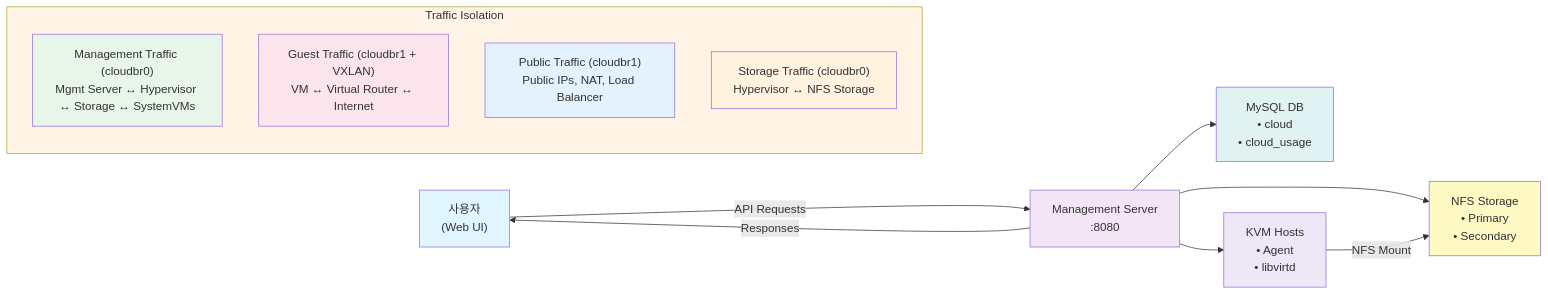
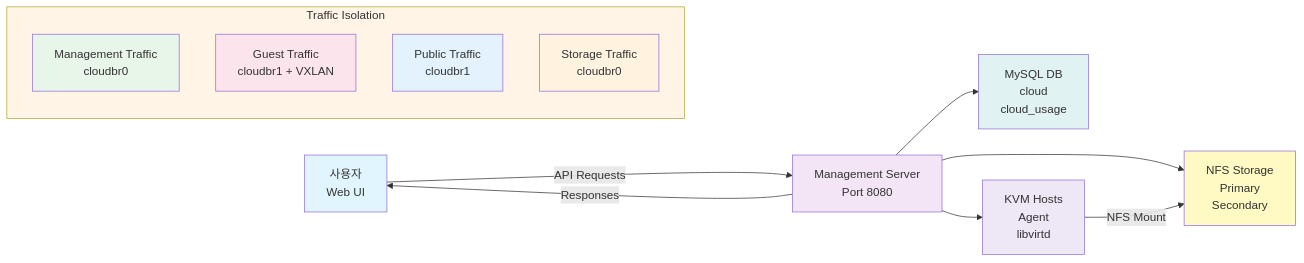
Before and after one commit to boanlab/cloudstack-setup: the third of 5 diagrams in DOCUMENTATION.md, drawn with Mermaid. The commit also changed other lines of this file, not shown here.

````diff
--- a/DOCUMENTATION.md
+++ b/DOCUMENTATION.md
@@ -158,33 +157,33 @@
 ```mermaid
 graph LR
-    USER["사용자<br/>(Web UI)"]
-    MGMT["Management Server<br/>:8080"]
-    DB["MySQL DB<br/>• cloud<br/>• cloud_usage"]
-    KVM["KVM Hosts<br/>• Agent<br/>• libvirtd"]
-    NFS["NFS Storage<br/>• Primary<br/>• Secondary"]
+    USER["사용자<br/>Web UI"]
+    MGMT["Management Server<br/>Port 8080"]
+    DB["MySQL DB<br/>cloud<br/>cloud_usage"]
+    KVM["KVM Hosts<br/>Agent<br/>libvirtd"]
+    StorageNode["NFS Storage<br/>Primary<br/>Secondary"]
     
     USER -->|API Requests| MGMT
     MGMT -->|Responses| USER
     MGMT --> DB
     MGMT --> KVM
-    MGMT --> NFS
-    KVM -->|NFS Mount| NFS
+    MGMT --> StorageNode
+    KVM -->|NFS Mount| StorageNode
 
     subgraph TRAFFIC["Traffic Isolation"]
-        MT["Management Traffic (cloudbr0)<br/>Mgmt Server ↔ Hypervisor ↔ Storage ↔ SystemVMs"]
-        GT["Guest Traffic (cloudbr1 + VXLAN)<br/>VM ↔ Virtual Router ↔ Internet"]
-        PT["Public Traffic (cloudbr1)<br/>Public IPs, NAT, Load Balancer"]
-        ST["Storage Traffic (cloudbr0)<br/>Hypervisor ↔ NFS Storage"]
+        MT["Management Traffic<br/>cloudbr0"]
+        GT["Guest Traffic<br/>cloudbr1 + VXLAN"]
+        PT["Public Traffic<br/>cloudbr1"]
+        ST["Storage Traffic<br/>cloudbr0"]
     end
 
     style USER fill:#e1f5ff
     style MGMT fill:#f3e5f5
     style DB fill:#e0f2f1
     style KVM fill:#ede7f6
-    style NFS fill:#fff9c4
+    style StorageNode fill:#fff9c4
     style TRAFFIC fill:#fff4e6
     style MT fill:#e8f5e9
     style GT fill:#fce4ec
     style PT fill:#e3f2fd
     style ST fill:#fff3e0
 ```
````
